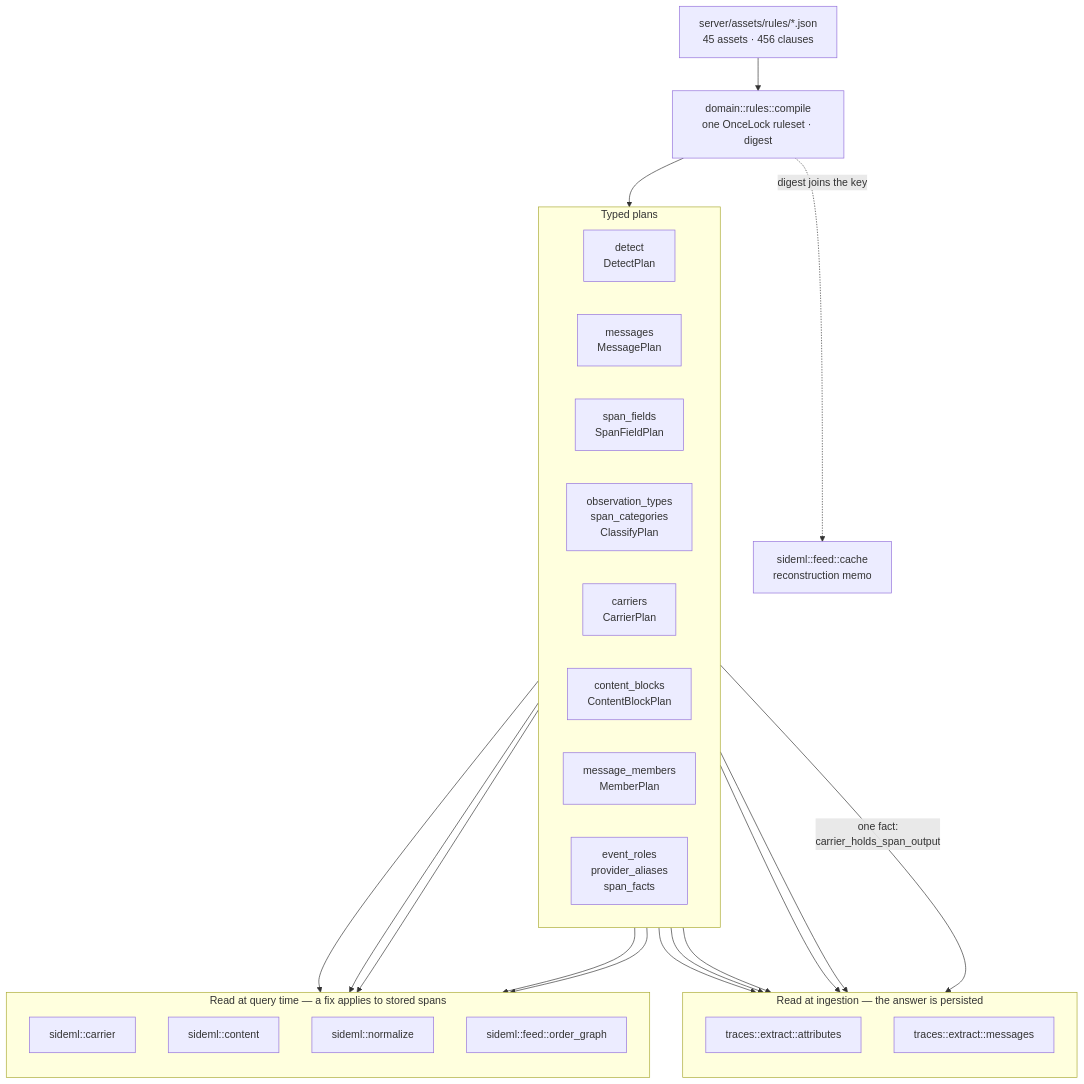
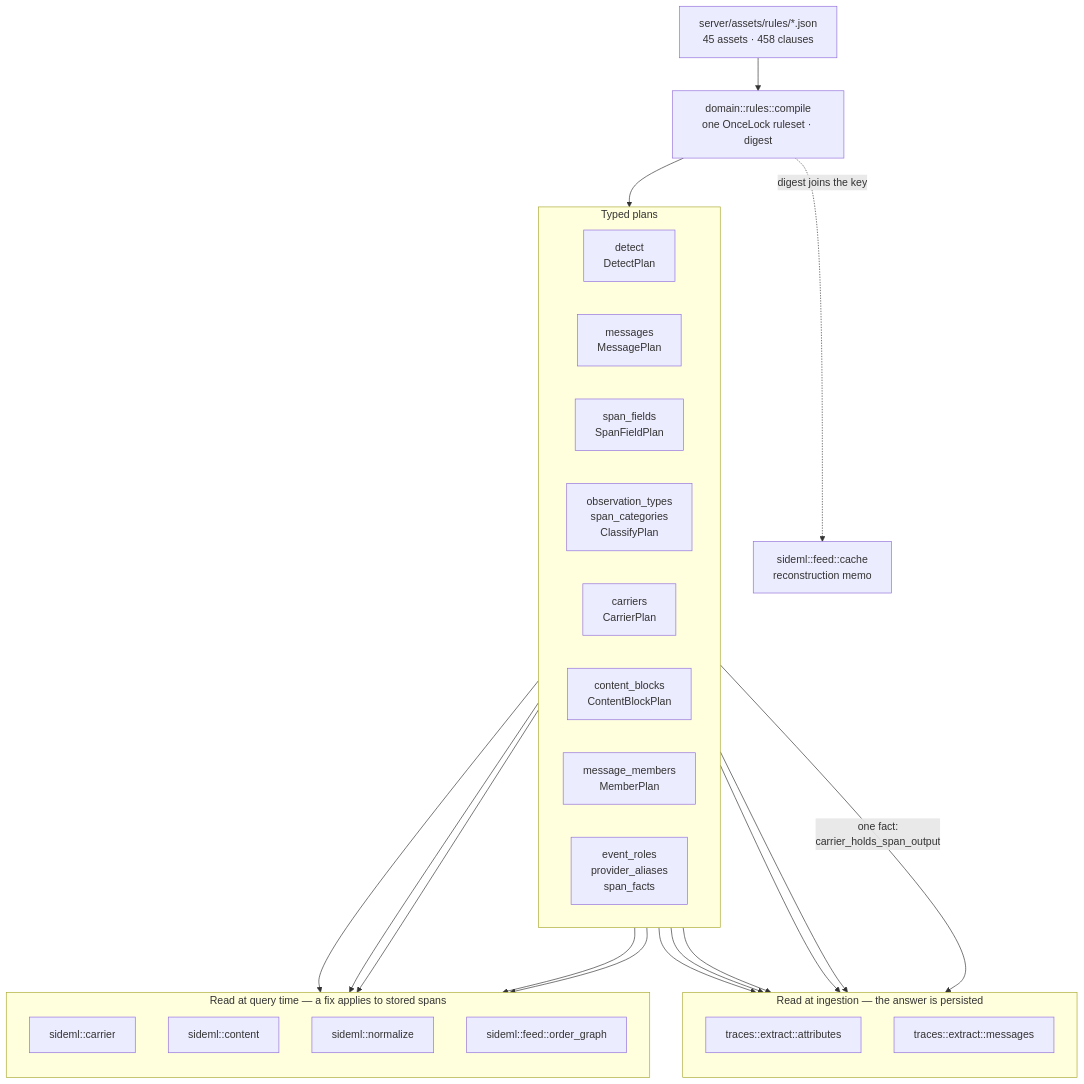
One commit to sideseat/sideseat changed the first of 7 diagrams in docs/engineering/architecture-diagrams.md. Above: the diagram before and after it, drawn with Mermaid. The commit also changed 12 other files, not shown here.

````diff
--- a/docs/engineering/architecture-diagrams.md
+++ b/docs/engineering/architecture-diagrams.md
@@ -18,47 +18,47 @@
 ```mermaid
 flowchart TB
-    assets["server/assets/rules/*.json<br/>45 assets · 456 clauses"]
+    assets["server/assets/rules/*.json<br/>45 assets · 458 clauses"]
     compile["domain::rules::compile<br/>one OnceLock ruleset · digest"]
     assets --> compile
 
     subgraph plans["Typed plans"]
         direction LR
         detect["detect<br/>DetectPlan"]
         messages["messages<br/>MessagePlan"]
         fields["span_fields<br/>SpanFieldPlan"]
         classify["observation_types<br/>span_categories<br/>ClassifyPlan"]
         carriers["carriers<br/>CarrierPlan"]
         blocks["content_blocks<br/>ContentBlockPlan"]
         members["message_members<br/>MemberPlan"]
         roles["event_roles<br/>provider_aliases<br/>span_facts"]
     end
     compile --> plans
 
     subgraph ingest["Read at ingestion — the answer is persisted"]
         direction TB
         attrs["traces::extract::attributes"]
         msgs["traces::extract::messages"]
     end
 
     subgraph query["Read at query time — a fix applies to stored spans"]
         direction TB
         carrier["sideml::carrier"]
         content["sideml::content"]
         normalize["sideml::normalize"]
         order["sideml::feed::order_graph"]
     end
 
     detect --> attrs
     fields --> attrs
     classify --> attrs
     roles --> attrs
     messages --> msgs
     carriers -->|"one fact:<br/>carrier_holds_span_output"| msgs
     carriers --> carrier
     carriers --> order
     blocks --> content
     members --> content
     roles --> normalize
 
     compile -. "digest joins the key" .-> cache["sideml::feed::cache<br/>reconstruction memo"]
 ```
````
